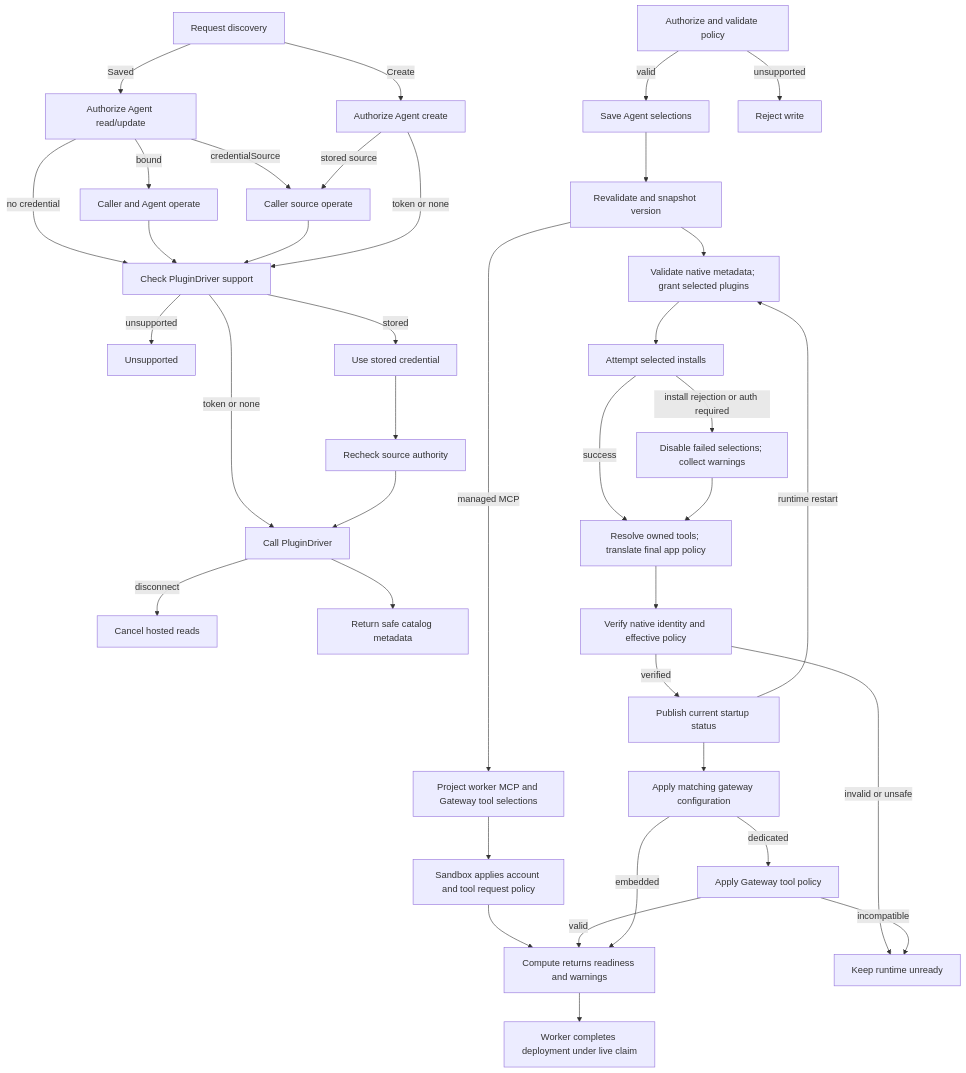
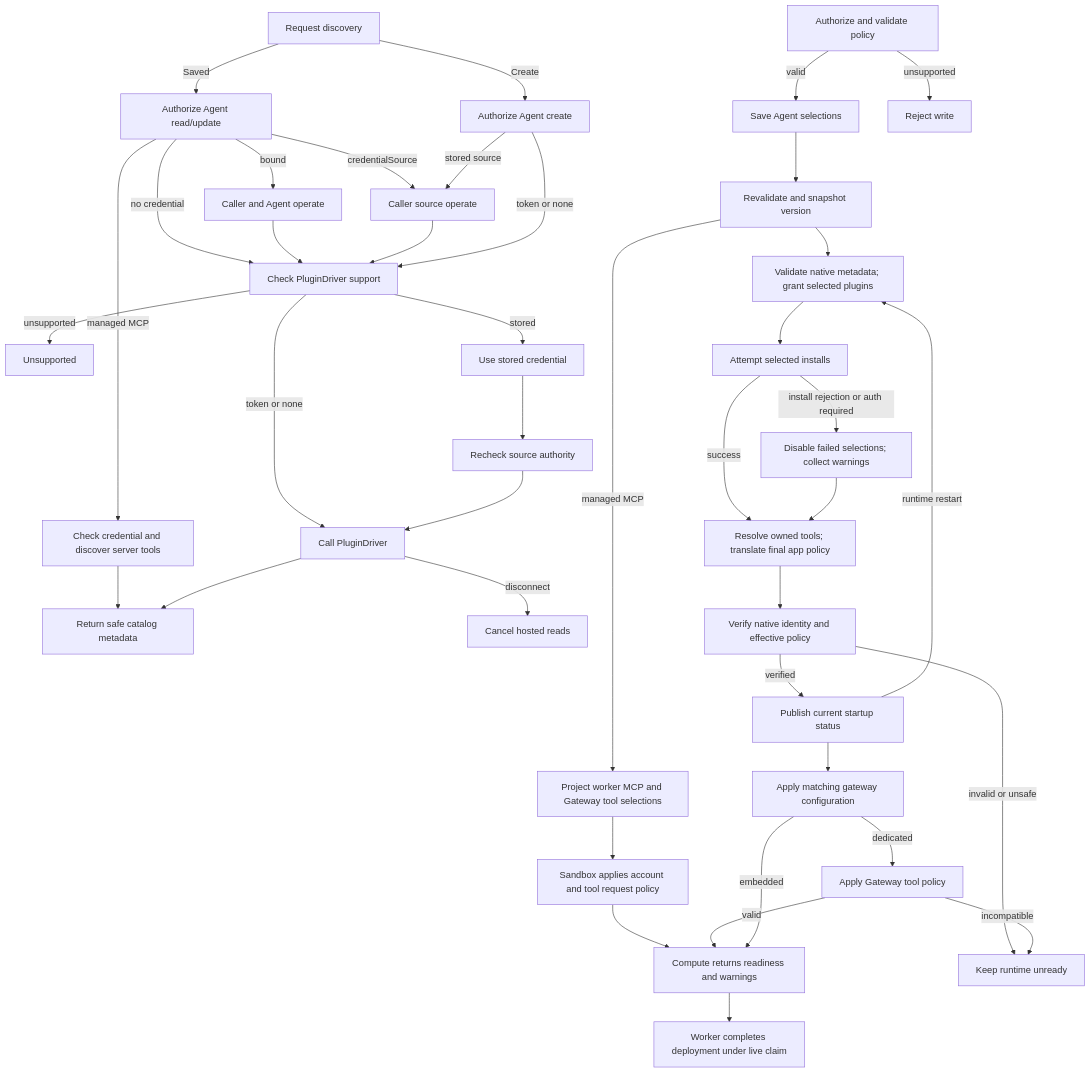
One commit to openclaw/openclaw-enterprise changed the diagram in docs/flows/agent-plugins.md. Above: the diagram before and after it, drawn with Mermaid. The commit also changed other lines of this file and 29 other files, not shown here.

Commit message:
Discover managed MCP tools with a saved Agent credential

````diff
--- a/docs/flows/agent-plugins.md
+++ b/docs/flows/agent-plugins.md
@@ -30,36 +30,37 @@
 ```mermaid
 graph TD
   D0["Request discovery"] -->|Create| D1["Authorize Agent create"]
   D0 -->|Saved| E0["Authorize Agent read/update"]
   E0 -->|no credential| D6
   E0 -->|bound| E1["Caller and Agent operate"] --> D6
+  E0 -->|managed MCP| M0["Check credential and discover server tools"] --> D5
   E0 -->|credentialSource| D2
   D1 -->|stored source| D2["Caller source operate"] --> D6["Check PluginDriver support"]
   D1 -->|token or none| D6
   D6 -->|unsupported| D7["Unsupported"]
   D6 -->|token or none| D4["Call PluginDriver"]
   D6 -->|stored| D3["Use stored credential"] --> E3["Recheck source authority"] --> D4
   D4 -->|disconnect| D8["Cancel hosted reads"]
   D4 --> D5["Return safe catalog metadata"]
   A["Authorize and validate policy"] -->|valid| S["Save Agent selections"]
   A -->|unsupported| Y["Reject write"]
   S --> B["Revalidate and snapshot version"]
   B -->|managed MCP| K["Project worker MCP and Gateway tool selections"]
   K --> L["Sandbox applies account and tool request policy"]
   L --> I
   B --> C["Validate native metadata; grant selected plugins"]
   C --> D["Attempt selected installs"]
   D -->|install rejection or auth required| E["Disable failed selections; collect warnings"]
   D -->|success| T["Resolve owned tools; translate final app policy"]
   E --> T
   T --> F["Verify native identity and effective policy"]
   F -->|invalid or unsafe| X["Keep runtime unready"]
   F -->|verified| G["Publish current startup status"]
   G --> H["Apply matching gateway configuration"]
   H -->|dedicated| P["Apply Gateway tool policy"]
   P -->|incompatible| X
   P -->|valid| I
   H -->|embedded| I["Compute returns readiness and warnings"]
   I --> J["Worker completes deployment under live claim"]
   G -->|runtime restart| C
 ```
````
